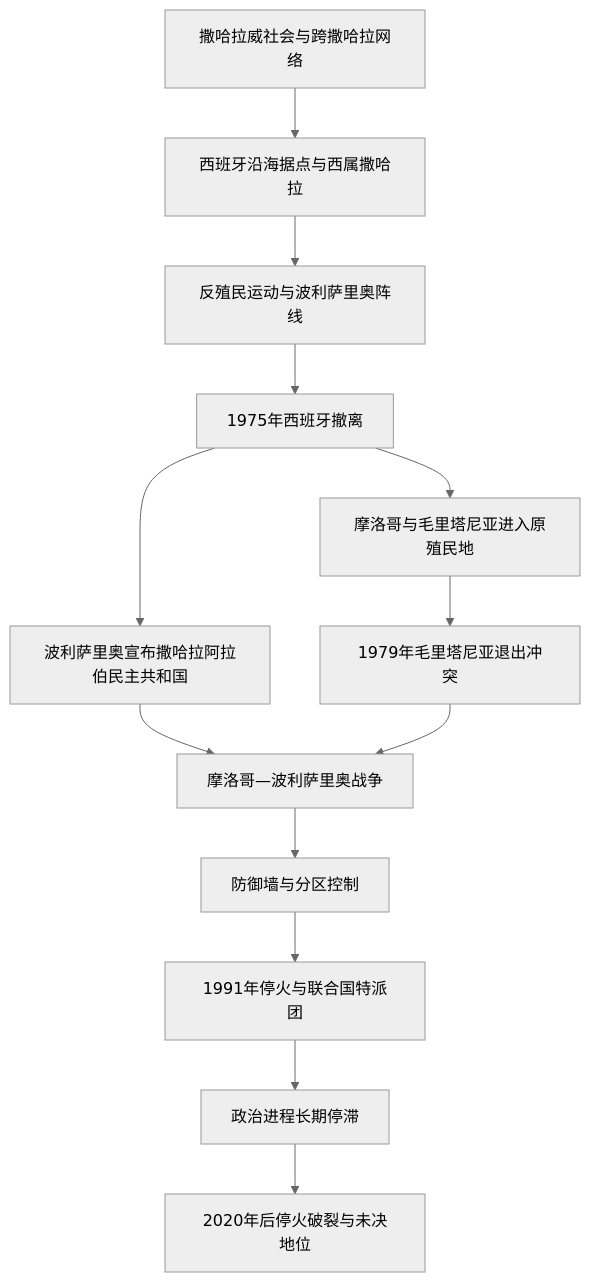
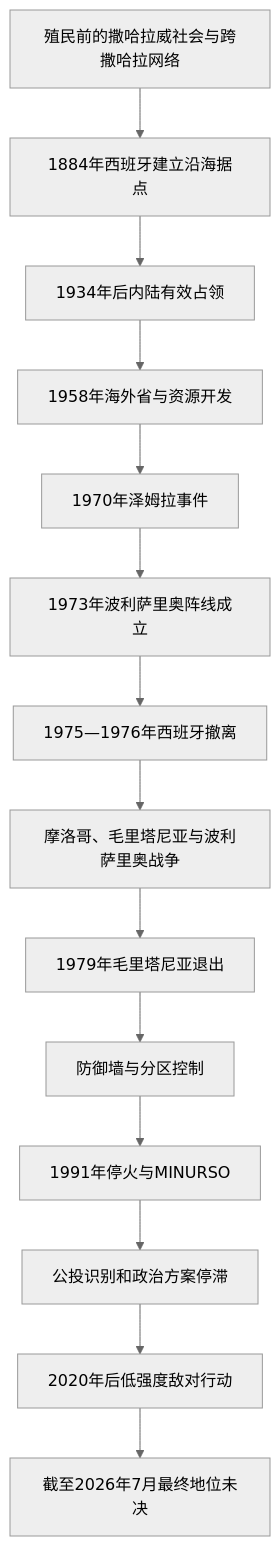
One commit to tianlan-dev/learning-notes changed the diagram in 人文科学/历史/北非/西撒哈拉/README.md. Above: the diagram before and after it, drawn with Mermaid (neutral theme). The commit also changed other lines of this file and 1417 other files, not shown here.

````diff
--- a/人文科学/历史/北非/西撒哈拉/README.md
+++ b/人文科学/历史/北非/西撒哈拉/README.md
@@ -15,15 +15,16 @@
 ```mermaid
 flowchart TD
-    A["撒哈拉威社会与跨撒哈拉网络"] --> B["西班牙沿海据点与西属撒哈拉"]
-    B --> C["反殖民运动与波利萨里奥阵线"]
-    C --> D["1975年西班牙撤离"]
-    D --> E["摩洛哥与毛里塔尼亚进入原殖民地"]
-    D --> F["波利萨里奥宣布撒哈拉阿拉伯民主共和国"]
-    E --> G["1979年毛里塔尼亚退出冲突"]
-    F --> H["摩洛哥—波利萨里奥战争"]
-    G --> H
-    H --> I["防御墙与分区控制"]
-    I --> J["1991年停火与联合国特派团"]
-    J --> K["政治进程长期停滞"]
-    K --> L["2020年后停火破裂与未决地位"]
+    A["殖民前的撒哈拉威社会与跨撒哈拉网络"] --> B["1884年西班牙建立沿海据点"]
+    B --> C["1934年后内陆有效占领"]
+    C --> D["1958年海外省与资源开发"]
+    D --> E["1970年泽姆拉事件"]
+    E --> F["1973年波利萨里奥阵线成立"]
+    F --> G["1975—1976年西班牙撤离"]
+    G --> H["摩洛哥、毛里塔尼亚与波利萨里奥战争"]
+    H --> I["1979年毛里塔尼亚退出"]
+    I --> J["防御墙与分区控制"]
+    J --> K["1991年停火与MINURSO"]
+    K --> L["公投识别和政治方案停滞"]
+    L --> M["2020年后低强度敌对行动"]
+    M --> N["截至2026年7月最终地位未决"]
 ```
````
